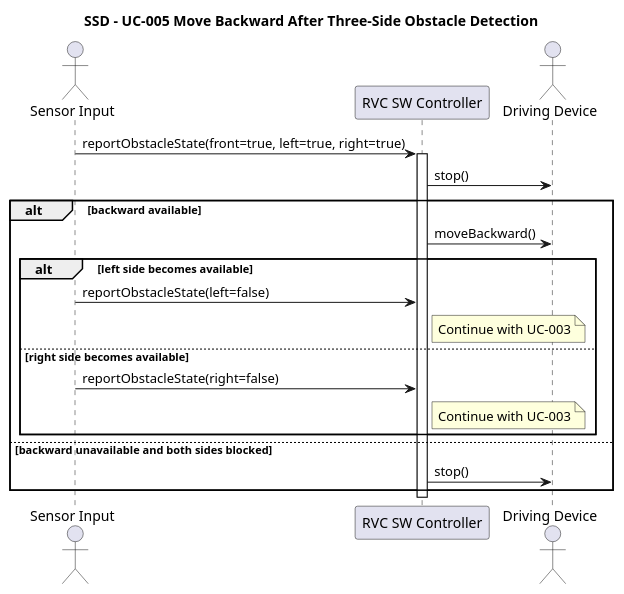
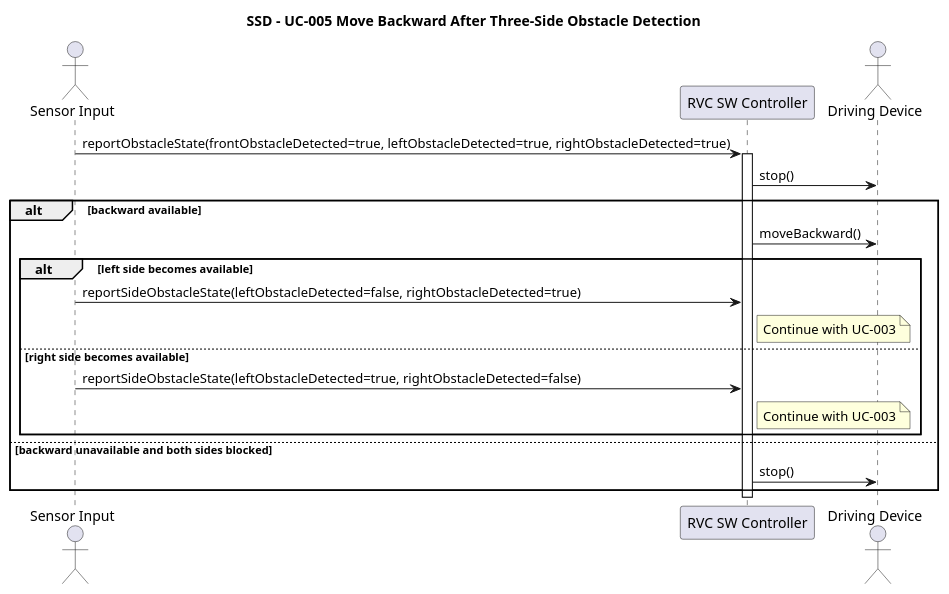
One commit to OOAD-Team3/Robot-Vacuum-Cleaner-AI changed the diagram in docs/ssd/UC-005.puml. Above: the diagram before and after it, drawn with PlantUML. The commit also changed 14 other files, not shown here.

Commit message:
docs: address diagram review feedback

```diff
--- a/docs/ssd/UC-005.puml
+++ b/docs/ssd/UC-005.puml
@@ -1,25 +1,25 @@
 @startuml SSD_UC005_Backward_On_Three_Side_Obstacle
 title SSD - UC-005 Move Backward After Three-Side Obstacle Detection
 
 actor "Sensor Input" as Sensor
 participant "RVC SW Controller" as System
 actor "Driving Device" as Drive
 
-Sensor -> System: reportObstacleState(front=true, left=true, right=true)
+Sensor -> System: reportObstacleState(frontObstacleDetected=true, leftObstacleDetected=true, rightObstacleDetected=true)
 activate System
 System -> Drive: stop()
 
 alt backward available
     System -> Drive: moveBackward()
     alt left side becomes available
-        Sensor -> System: reportObstacleState(left=false)
+        Sensor -> System: reportSideObstacleState(leftObstacleDetected=false, rightObstacleDetected=true)
         note right of System: Continue with UC-003
     else right side becomes available
-        Sensor -> System: reportObstacleState(right=false)
+        Sensor -> System: reportSideObstacleState(leftObstacleDetected=true, rightObstacleDetected=false)
         note right of System: Continue with UC-003
     end
 else backward unavailable and both sides blocked
     System -> Drive: stop()
 end
 deactivate System
 @enduml
```
